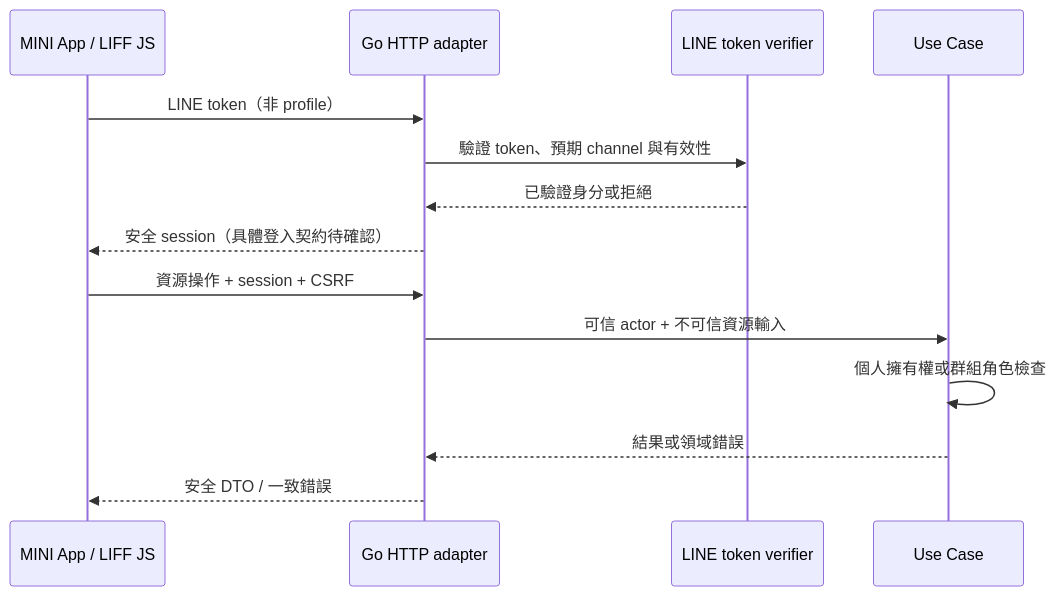
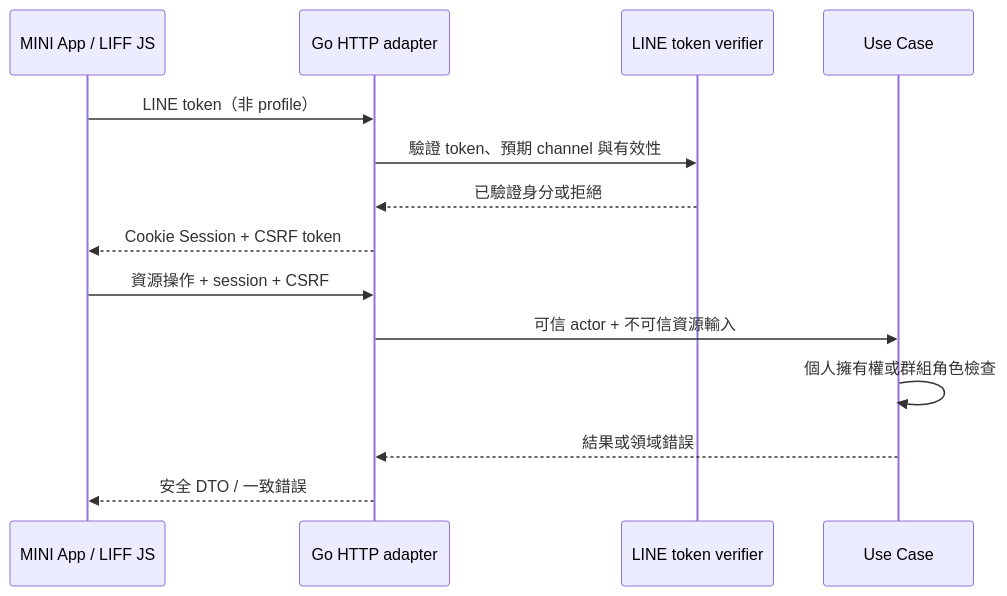
One commit to 963sup/line-mini-app-bot changed the diagram in docs/architecture/http-contracts.md. Above: the diagram before and after it, drawn with Mermaid. The commit also changed other lines of this file and 27 other files, not shown here.

````diff
--- a/docs/architecture/http-contracts.md
+++ b/docs/architecture/http-contracts.md
@@ -35,16 +35,16 @@
 ```mermaid
 sequenceDiagram
   participant B as MINI App / LIFF JS
   participant H as Go HTTP adapter
   participant L as LINE token verifier
   participant U as Use Case
   B->>H: LINE token（非 profile）
   H->>L: 驗證 token、預期 channel 與有效性
   L-->>H: 已驗證身分或拒絕
-  H-->>B: 安全 session（具體登入契約待確認）
+  H-->>B: Cookie Session + CSRF token
   B->>H: 資源操作 + session + CSRF
   H->>U: 可信 actor + 不可信資源輸入
   U->>U: 個人擁有權或群組角色檢查
   U-->>H: 結果或領域錯誤
   H-->>B: 安全 DTO / 一致錯誤
 ```
````
